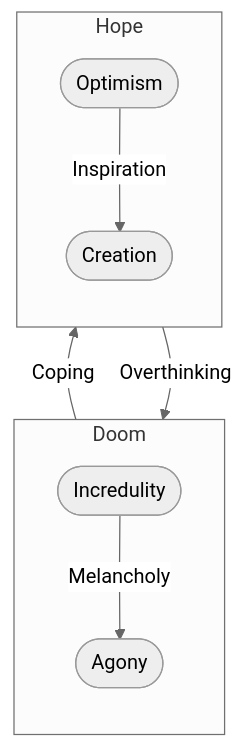
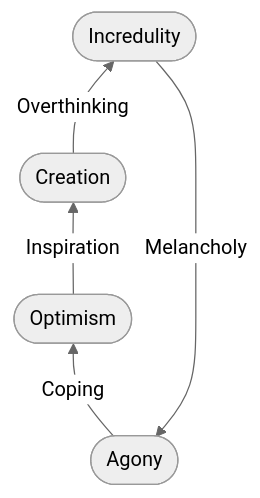
Before and after one commit to freenandes/topo-da-mente: the diagram in content/note/dor_cronica.md, drawn with Mermaid (neutral theme). The commit also changed other lines of this file, not shown here.

````diff
--- a/content/note/dor_cronica.md
+++ b/content/note/dor_cronica.md
@@ -41,13 +36,4 @@
 ```mermaid
 flowchart BT
-subgraph Hope
-	direction TB
-	op([Optimism]) -- Inspiration --> cr([Creation])
-end
-subgraph Doom
-	direction TB
-	in([Incredulity]) -- Melancholy --> ag([Agony])
-end
-cr -- Overthinking --> in
-ag -- Coping --> op
+ag([Agony]) --Coping--> op([Optimism]) --Inspiration--> cr([Creation]) --Overthinking--> in([Incredulity]) --Melancholy--> ag
 ```
````
